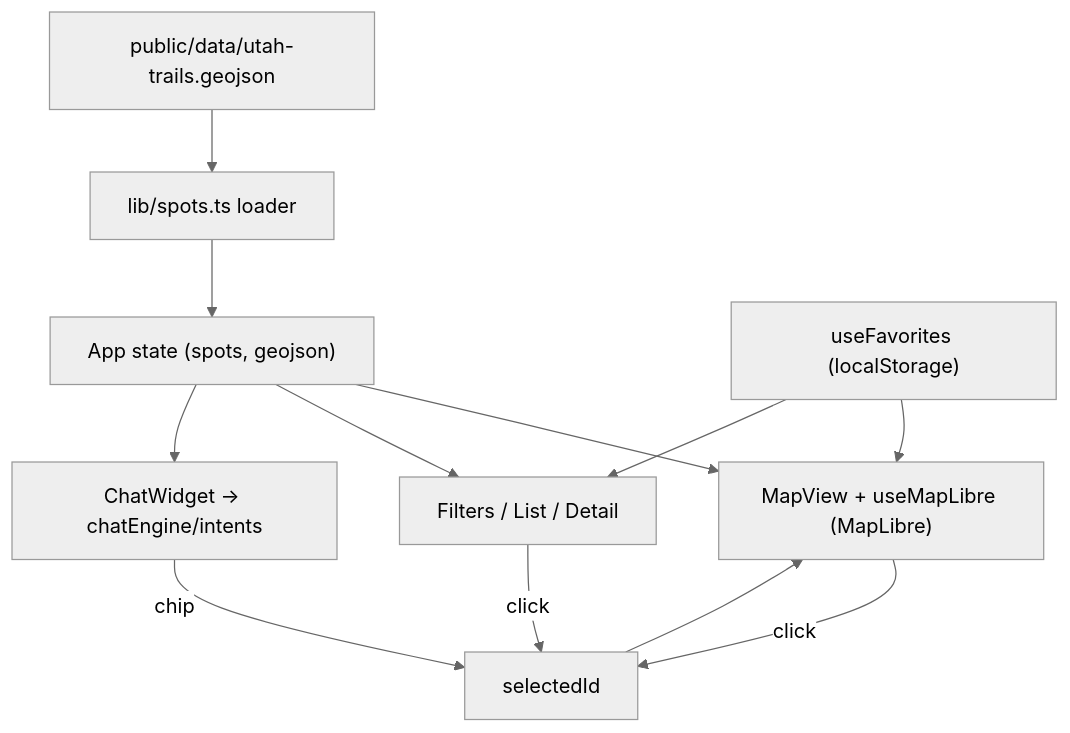
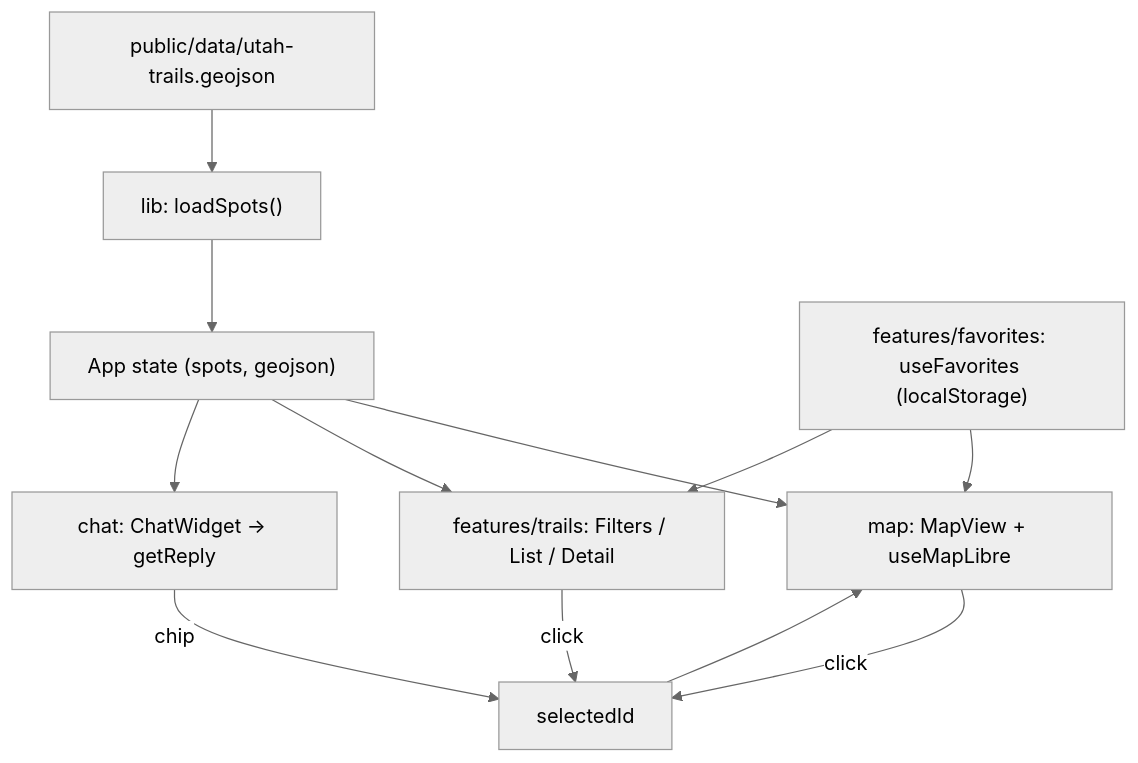
The diagram in ARCHITECTURE.md (Snanney/outdoors_lifestyle_app), drawn with Mermaid (neutral theme) before and after one commit. The commit also changed other lines of this file and 27 other files, not shown here.

````diff
--- a/ARCHITECTURE.md
+++ b/ARCHITECTURE.md
@@ -71,14 +36,14 @@
 ```mermaid
 flowchart TD
-    Seed["public/data/utah-trails.geojson"] --> Loader["lib/spots.ts loader"]
+    Seed["public/data/utah-trails.geojson"] --> Loader["lib: loadSpots()"]
     Loader --> AppState["App state (spots, geojson)"]
-    AppState --> MapView["MapView + useMapLibre (MapLibre)"]
-    AppState --> ListUI["Filters / List / Detail"]
-    AppState --> Chat["ChatWidget -> chatEngine/intents"]
-    Favorites["useFavorites (localStorage)"] --> MapView
-    Favorites --> ListUI
-    MapView -->|click| Select["selectedId"]
-    ListUI -->|click| Select
-    Chat -->|chip| Select
-    Select --> MapView
+    AppState --> MapMod["map: MapView + useMapLibre"]
+    AppState --> TrailsMod["features/trails: Filters / List / Detail"]
+    AppState --> ChatMod["chat: ChatWidget -> getReply"]
+    FavMod["features/favorites: useFavorites (localStorage)"] --> MapMod
+    FavMod --> TrailsMod
+    MapMod -->|click| Select["selectedId"]
+    TrailsMod -->|click| Select
+    ChatMod -->|chip| Select
+    Select --> MapMod
 ```
````
